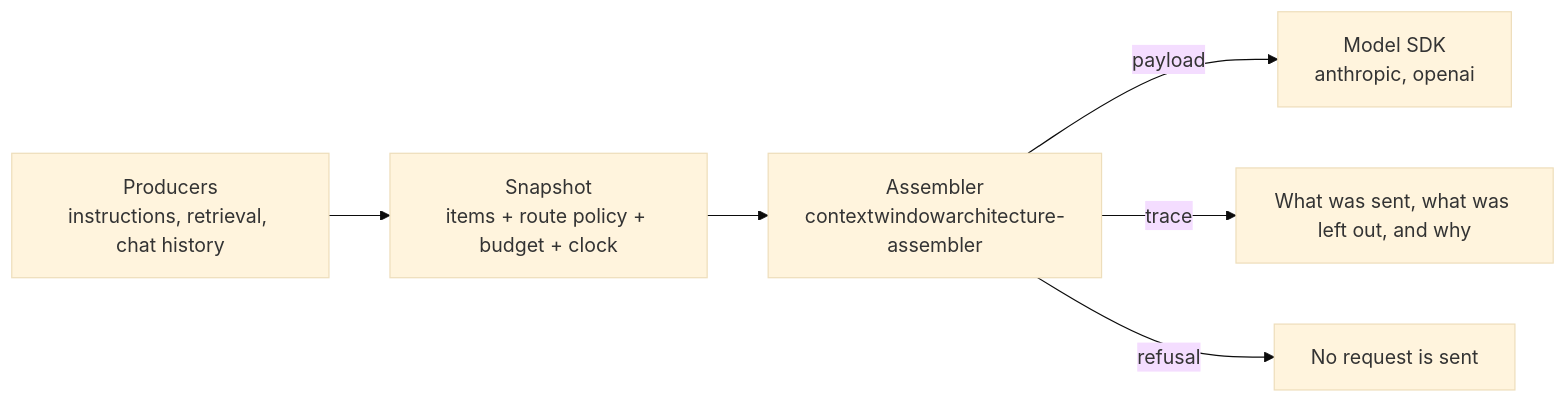
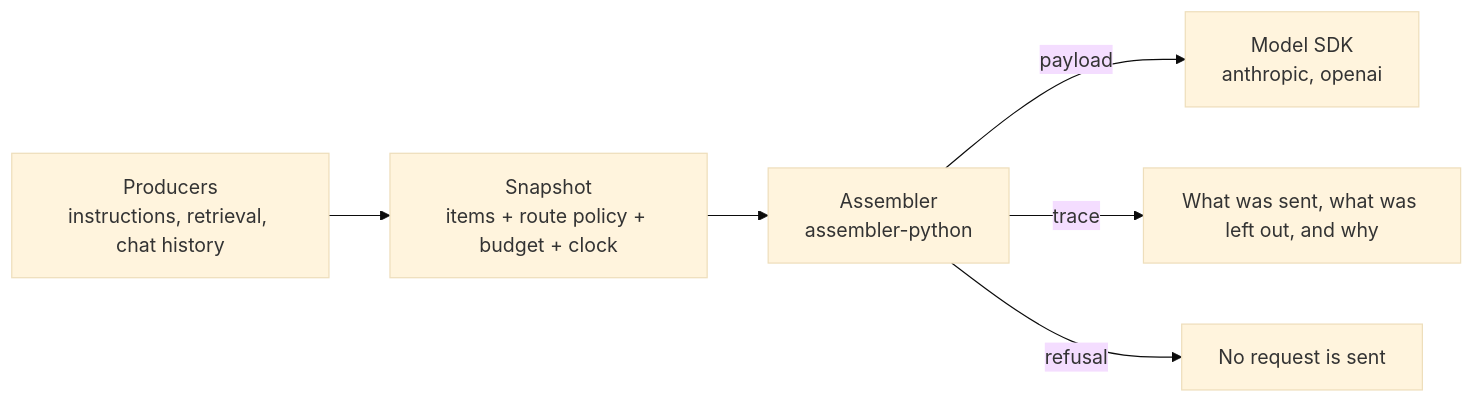
The diagram in README.md (contextwindowarchitecture/examples), drawn with Mermaid (base theme) before and after one commit. The commit also changed other lines of this file, not shown here.

First line of the commit message:
docs(repo): say the examples are built on assembler-python

````diff
--- a/README.md
+++ b/README.md
@@ -7,8 +9,8 @@
 ```mermaid
 flowchart LR
     P["Producers<br/>instructions, retrieval, chat history"] --> S["Snapshot<br/>items + route policy + budget + clock"]
-    S --> A["Assembler<br/>contextwindowarchitecture-assembler"]
+    S --> A["Assembler<br/>assembler-python"]
     A -->|payload| M["Model SDK<br/>anthropic, openai"]
     A -->|trace| T["What was sent, what was left out, and why"]
     A -->|refusal| R["No request is sent"]
 ```
````
